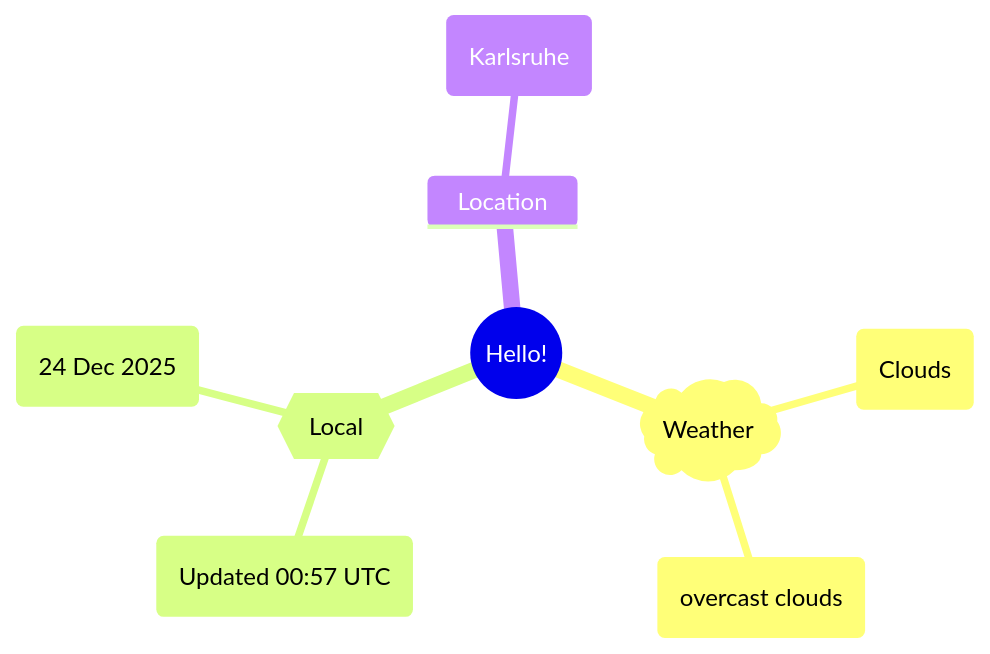
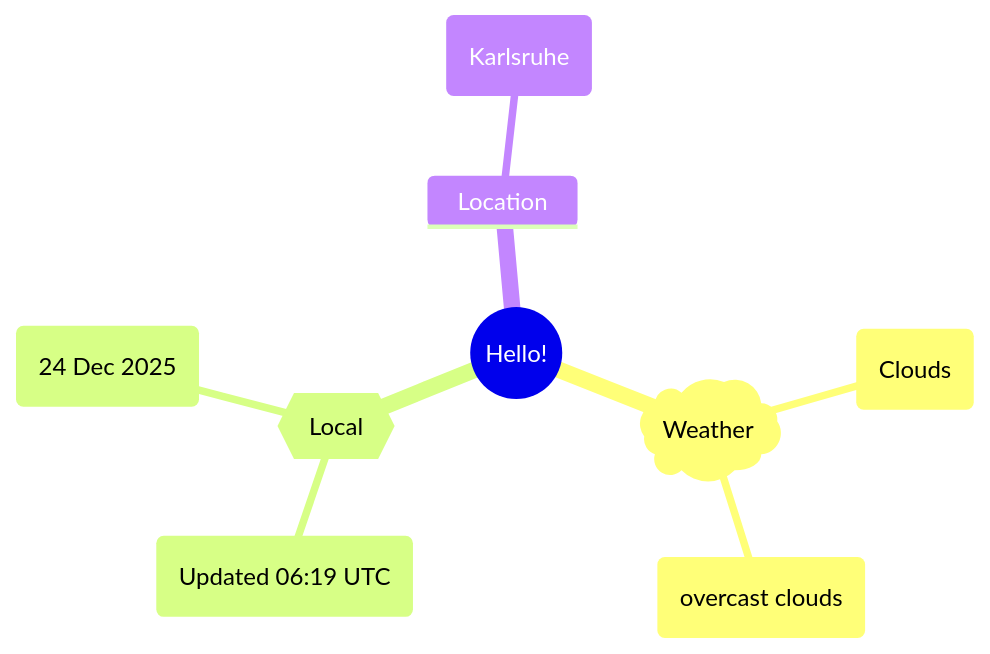
The first of 2 diagrams in README.md (Xosrov/Xosrov), drawn with Mermaid before and after one commit.

Commit message:
[bot] updated images

````diff
--- a/README.md
+++ b/README.md
@@ -3,12 +3,12 @@
 ```mermaid
 mindmap
   root((Hello!))
     )Weather(
         (Clouds)
         (overcast clouds)
     {{Local}}
-        (Updated 00:57 UTC)
+        (Updated 06:19 UTC)
         (24 Dec 2025)
     Location
         (Karlsruhe)
 ```
````
